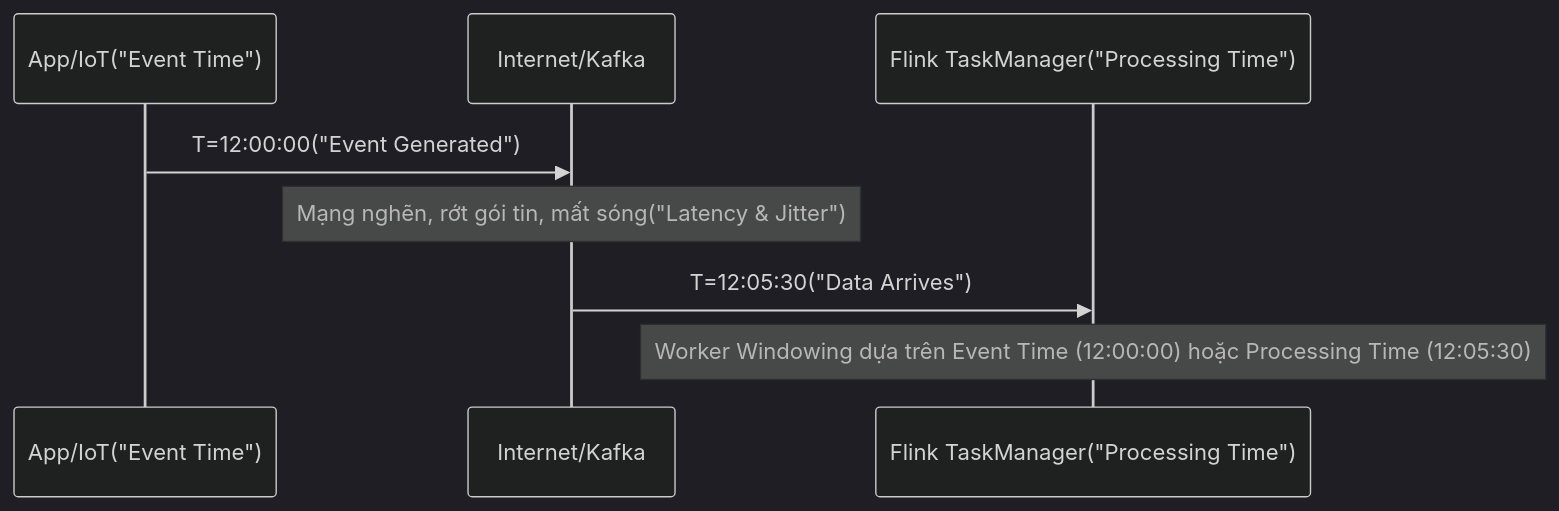
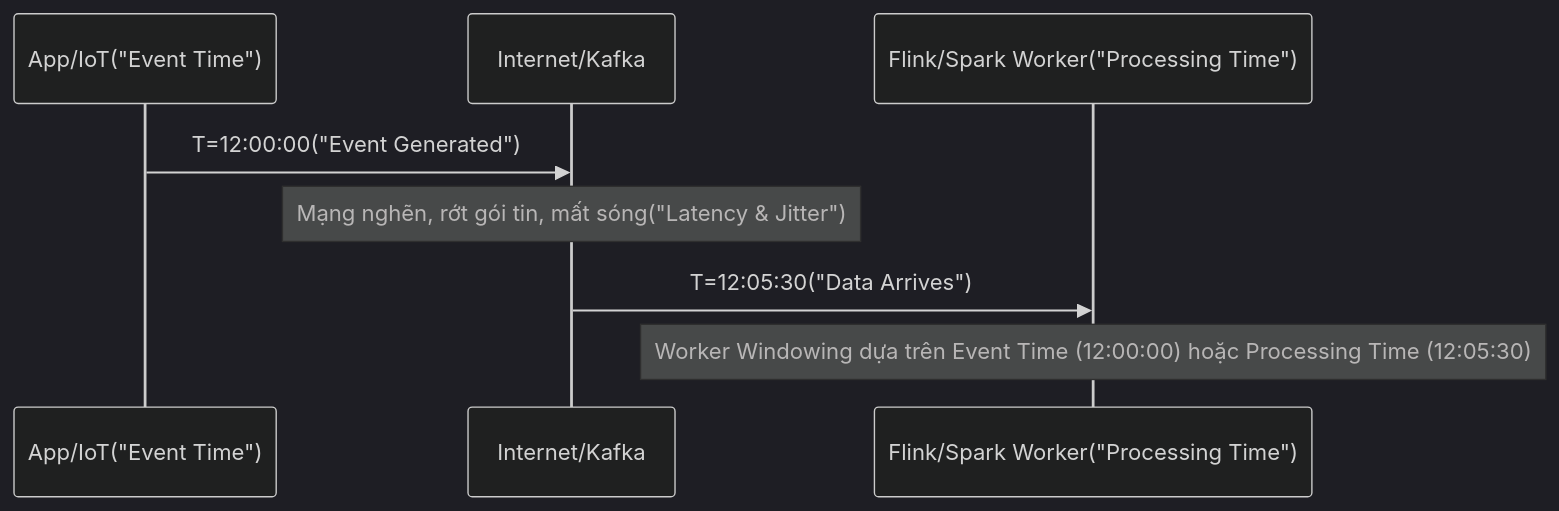
Before and after one commit to kythuatdulieu/kythuatdulieu.github.io: the diagram in src/content/docs/concepts/5-stream-processing-realtime/event-time-processing-time.md, drawn with Mermaid (dark theme). The commit also changed other lines of this file and 228 other files, not shown here.

Commit message:
Fix syntax and rewrite 200+ concepts docs to deep-dive system architecture and add GA4 tracking to quiz app

````diff
--- a/src/content/docs/concepts/5-stream-processing-realtime/event-time-processing-time.md
+++ b/src/content/docs/concepts/5-stream-processing-realtime/event-time-processing-time.md
@@ -20,11 +20,11 @@
 ```mermaid
 sequenceDiagram
     participant Source as App/IoT("Event Time")
     participant Network as Internet/Kafka
-    participant Worker as Flink TaskManager("Processing Time")
+    participant Worker as Flink/Spark Worker("Processing Time")
     
     Source->>Network: T=12:00:00("Event Generated")
     Note over Network: Mạng nghẽn, rớt gói tin, mất sóng("Latency & Jitter")
     Network->>Worker: T=12:05:30("Data Arrives")
     Note over Worker: Worker Windowing dựa trên Event Time (12:00:00) hoặc Processing Time (12:05:30)
 ```
````
